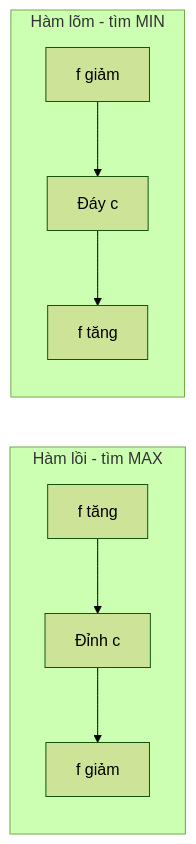
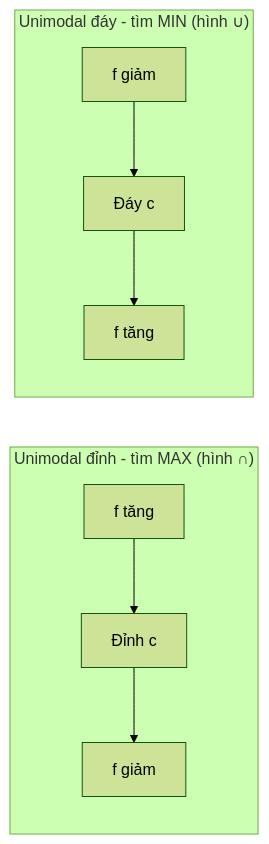
One commit to FPTOJ-OJ/fptoj_wiki changed the first of 2 diagrams in docs/lessons/ternary-search.md. Above: the diagram before and after it, drawn with Mermaid (forest theme). The commit also changed other lines of this file and 133 other files, not shown here.

````diff
--- a/docs/lessons/ternary-search.md
+++ b/docs/lessons/ternary-search.md
@@ -23,9 +23,9 @@
 ```mermaid
 graph LR
-    subgraph "Hàm lồi - tìm MAX"
+    subgraph "Unimodal đỉnh - tìm MAX (hình ∩)"
     A["f tăng"] --> B["Đỉnh c"] --> C["f giảm"]
     end
-    subgraph "Hàm lõm - tìm MIN"
+    subgraph "Unimodal đáy - tìm MIN (hình ∪)"
     D["f giảm"] --> E["Đáy c"] --> F["f tăng"]
     end
 ```
````
